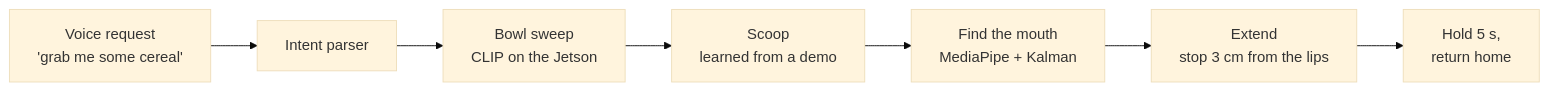
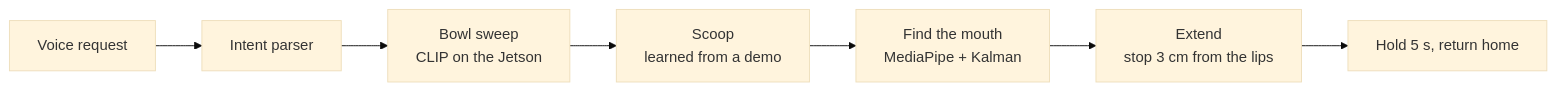
Before and after one commit to Wafleem/assistive-feeding-arm: the diagram in README.md, drawn with Mermaid (base theme). The commit also changed other lines of this file, not shown here.

````diff
--- a/README.md
+++ b/README.md
@@ -28,9 +51,9 @@
 ```mermaid
 flowchart LR
-    A["Voice request<br/>'grab me some cereal'"] --> B["Intent parser"]
+    A["Voice request"] --> B["Intent parser"]
     B --> C["Bowl sweep<br/>CLIP on the Jetson"]
     C --> D["Scoop<br/>learned from a demo"]
     D --> E["Find the mouth<br/>MediaPipe + Kalman"]
     E --> F["Extend<br/>stop 3 cm from the lips"]
-    F --> G["Hold 5 s,<br/>return home"]
+    F --> G["Hold 5 s, return home"]
 ```
````
